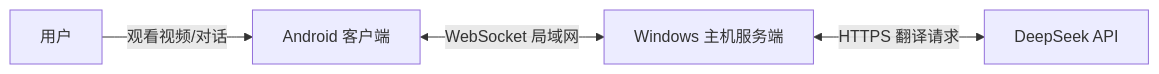
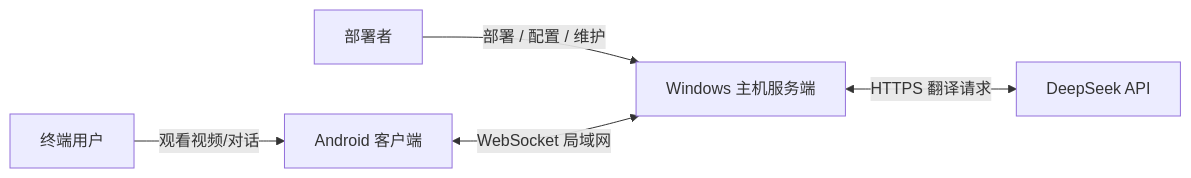
One commit to Sloughel/realtime-bilingual-subtitle changed the first of 2 diagrams in docs/01-需求规格说明书.md. Above: the diagram before and after it, drawn with Mermaid. The commit also changed other lines of this file and 2 other files, not shown here.

````diff
--- a/docs/01-需求规格说明书.md
+++ b/docs/01-需求规格说明书.md
@@ -73,6 +73,7 @@
 ```mermaid
 flowchart LR
-    U[用户] -->|观看视频/对话| PH[Android 客户端]
-    PH <-->|WebSocket 局域网| HOST[Windows 主机服务端]
+    U[终端用户] -->|观看视频/对话| PH[Android 客户端]
+    D[部署者] -->|部署 / 配置 / 维护| HOST[Windows 主机服务端]
+    PH <-->|WebSocket 局域网| HOST
     HOST <-->|HTTPS 翻译请求| LLM[DeepSeek API]
 ```
````
